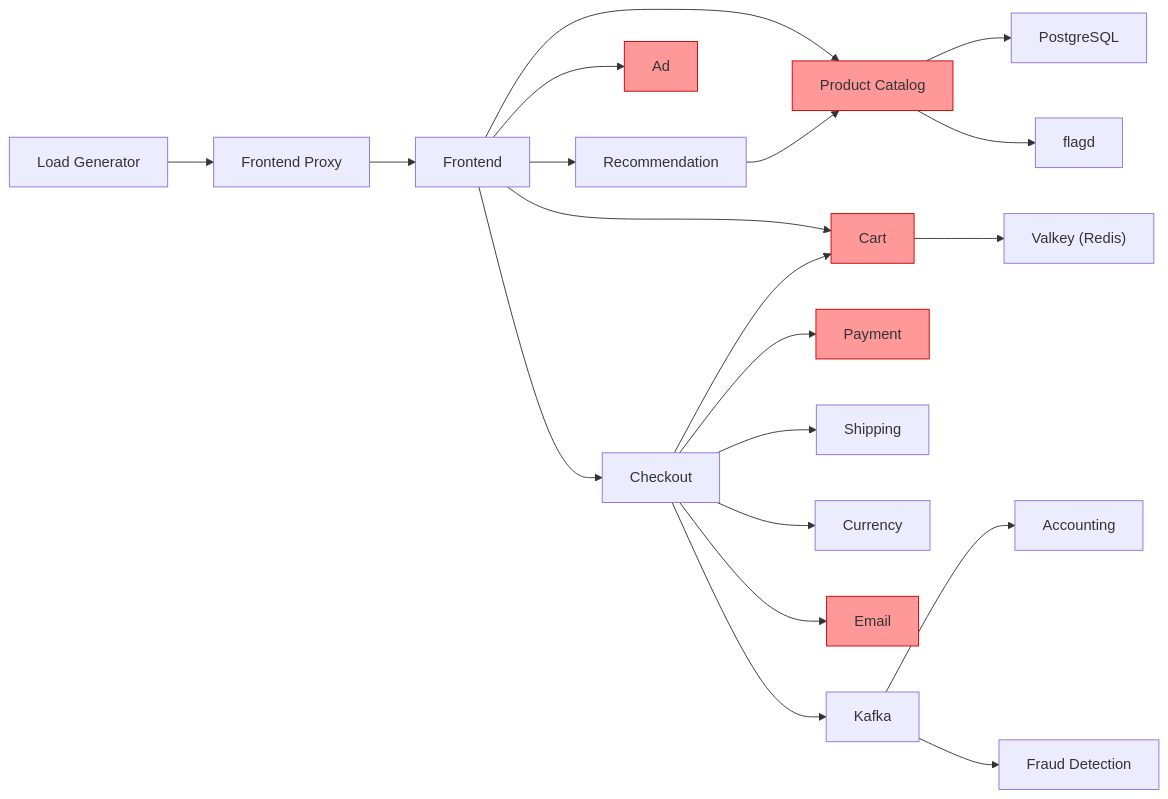
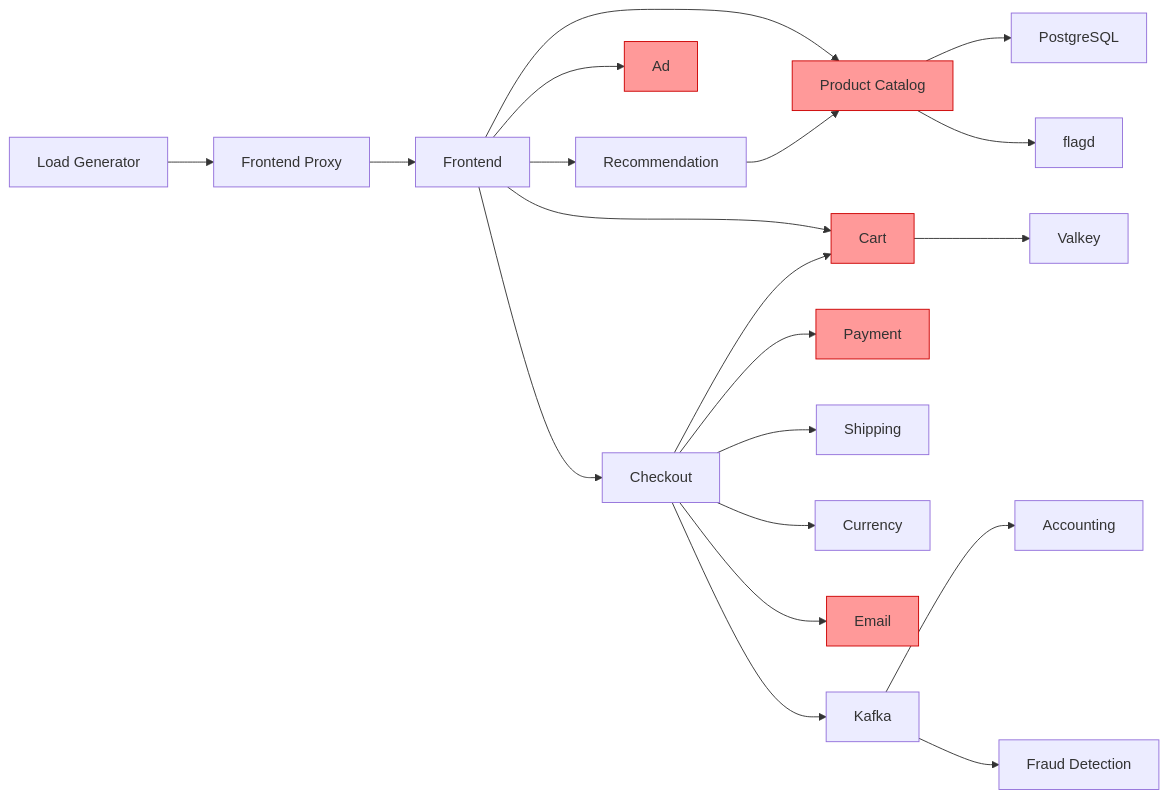
The diagram in docs/step4-fault-injection-scenarios.md (cyokozai/vcluster-o11y), drawn with Mermaid before and after one commit. The commit also changed other lines of this file and 1 other file, not shown here.

````diff
--- a/docs/step4-fault-injection-scenarios.md
+++ b/docs/step4-fault-injection-scenarios.md
@@ -34,32 +32,31 @@
 ```mermaid
 flowchart LR
   LG["Load Generator"] --> FP["Frontend Proxy"]
   FP --> FE["Frontend"]
 
   FE --> PC["Product Catalog"]
   FE --> RC["Recommendation"]
   FE --> AD["Ad"]
   FE --> CT["Cart"]
   FE --> CO["Checkout"]
 
   PC --> PG["PostgreSQL"]
   PC --> FD["flagd"]
-  CT --> VK["Valkey (Redis)"]
+  CT --> VK["Valkey"]
   RC --> PC
 
   CO --> CT
   CO --> PM["Payment"]
   CO --> SH["Shipping"]
   CO --> CR["Currency"]
   CO --> EM["Email"]
-
   CO --> KF["Kafka"]
   KF --> AC["Accounting"]
   KF --> FR["Fraud Detection"]
 
   style PM fill:#f99,stroke:#c00
   style PC fill:#f99,stroke:#c00
   style CT fill:#f99,stroke:#c00
   style AD fill:#f99,stroke:#c00
   style EM fill:#f99,stroke:#c00
 ```
````
